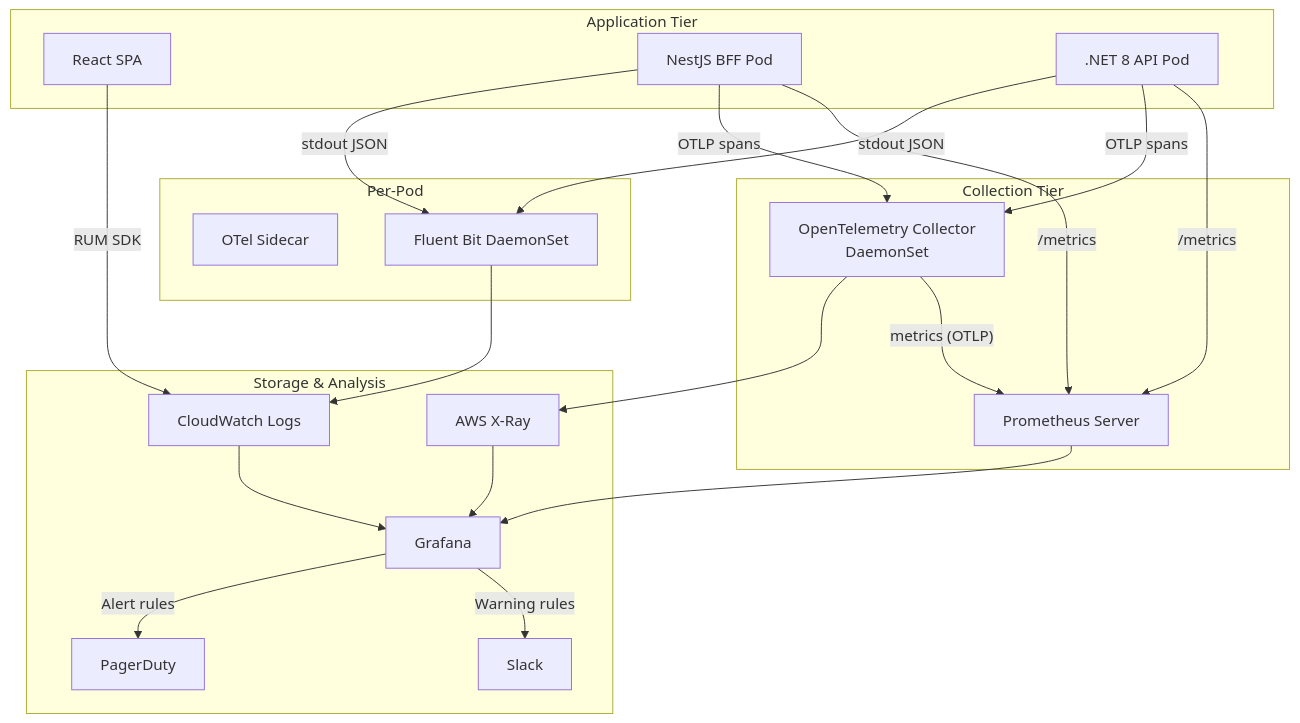
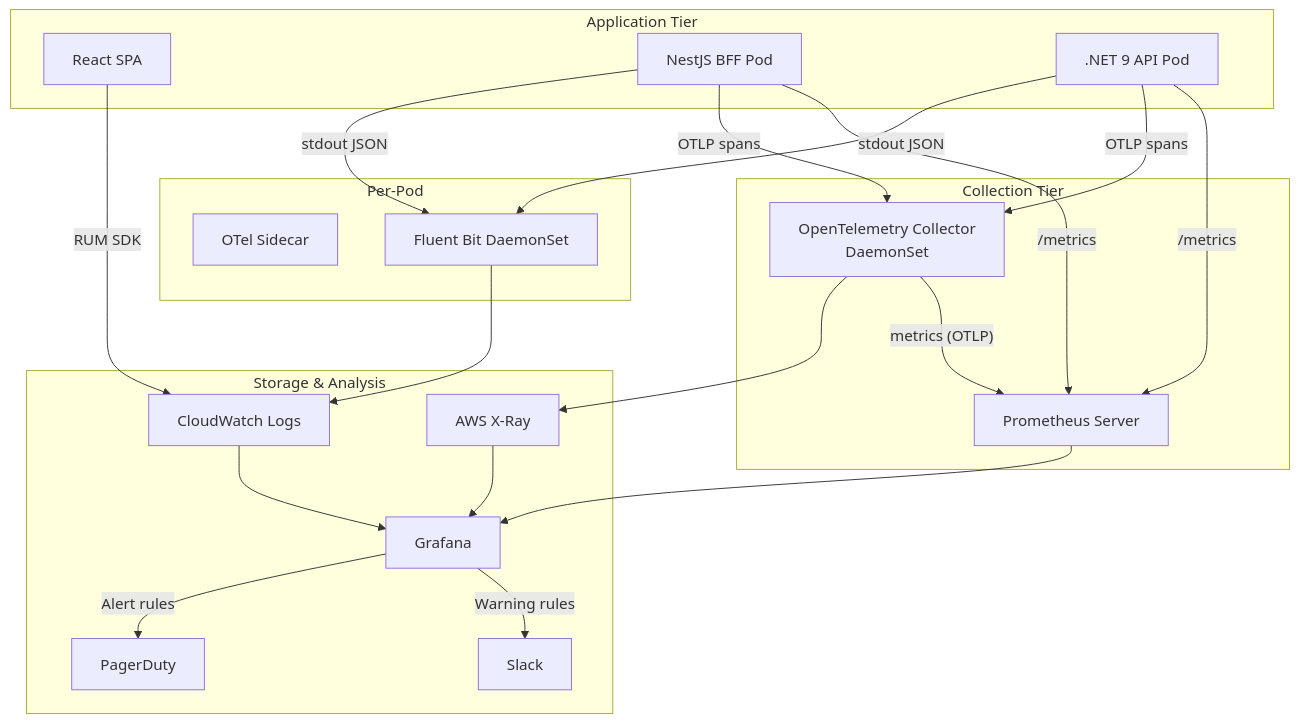
Before and after one commit to sukhesh035/employee_budget_allocation: diagram 14 of 23 in docs/superpowers/specs/2026-04-17-employee-budget-allocation-design.md, drawn with Mermaid. The commit also changed other lines of this file and 11 other files, not shown here.

````diff
--- a/docs/superpowers/specs/2026-04-17-employee-budget-allocation-design.md
+++ b/docs/superpowers/specs/2026-04-17-employee-budget-allocation-design.md
@@ -1488,46 +1492,46 @@
 ```mermaid
 flowchart TB
     subgraph Application["Application Tier"]
         SPA[React SPA]
         BFF[NestJS BFF Pod]
-        API[.NET 8 API Pod]
+        API[.NET 9 API Pod]
     end
 
     subgraph Sidecars["Per-Pod"]
         OTEL[OTel Sidecar]
         FB[Fluent Bit DaemonSet]
     end
 
     subgraph Collection["Collection Tier"]
         OTELC[OpenTelemetry Collector<br/>DaemonSet]
         PROM[Prometheus Server]
     end
 
     subgraph Storage["Storage & Analysis"]
         CW[CloudWatch Logs]
         XRAY[AWS X-Ray]
         GRAF[Grafana]
         PD[PagerDuty]
         SLACK[Slack]
     end
 
     SPA -->|"RUM SDK"| CW
     BFF -->|stdout JSON| FB
     API -->|stdout JSON| FB
     FB --> CW
 
     BFF -->|OTLP spans| OTELC
     API -->|OTLP spans| OTELC
     OTELC --> XRAY
     OTELC -->|"metrics (OTLP)"| PROM
 
     BFF -->|"/metrics"| PROM
     API -->|"/metrics"| PROM
 
     PROM --> GRAF
     CW --> GRAF
     XRAY --> GRAF
 
     GRAF -->|"Alert rules"| PD
     GRAF -->|"Warning rules"| SLACK
 ```
````
